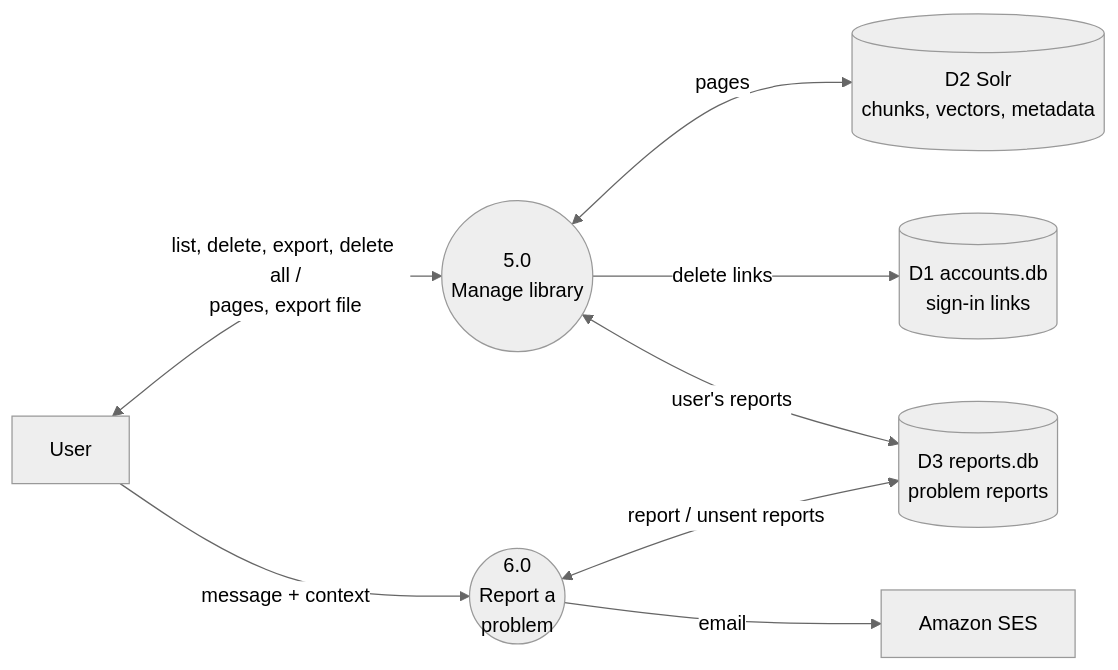
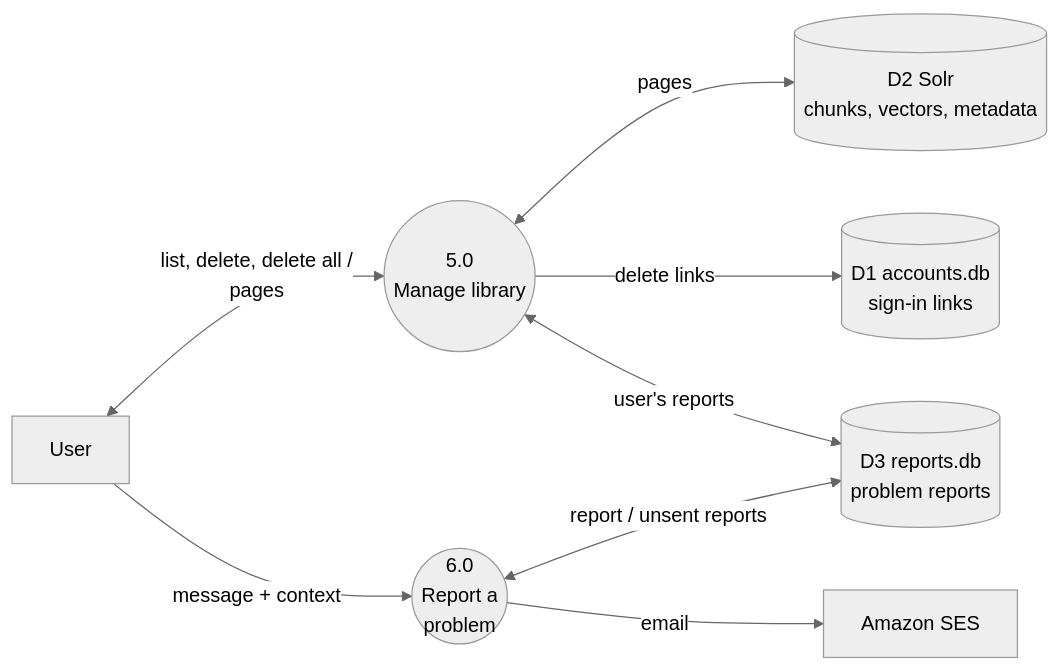
Before and after one commit to rabeeh18/ucs503p-202627-MemoryLane: the third of 3 diagrams in docs/architecture/data-flow.md, drawn with Mermaid (neutral theme). The commit also changed other lines of this file and 23 other files, not shown here.

````diff
--- a/docs/architecture/data-flow.md
+++ b/docs/architecture/data-flow.md
@@ -74,21 +74,21 @@
 ```mermaid
 flowchart LR
     user["User"]
     ses["Amazon SES"]
 
     p5(("5.0<br/>Manage library"))
     p6(("6.0<br/>Report a<br/>problem"))
 
     d1[("D1 accounts.db<br/>sign-in links")]
     d2[("D2 Solr<br/>chunks, vectors, metadata")]
     d3[("D3 reports.db<br/>problem reports")]
 
-    user <-->|"list, delete, export, delete all /<br/>pages, export file"| p5
+    user <-->|"list, delete, delete all /<br/>pages"| p5
     p5 <-->|"pages"| d2
     p5 -->|"delete links"| d1
     p5 <-->|"user's reports"| d3
 
     user -->|"message + context"| p6
     p6 <-->|"report / unsent reports"| d3
     p6 -->|"email"| ses
 ```
````
